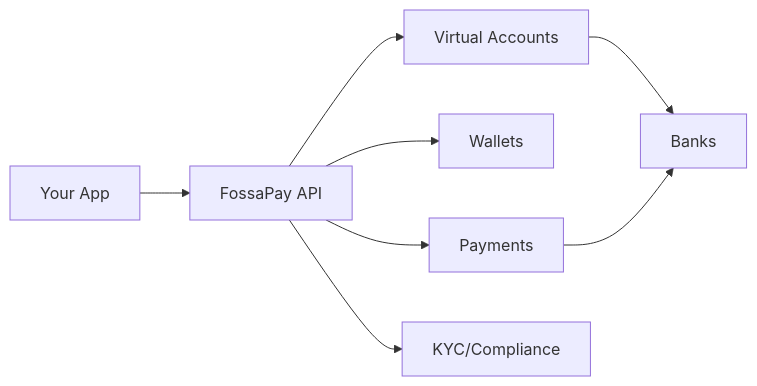
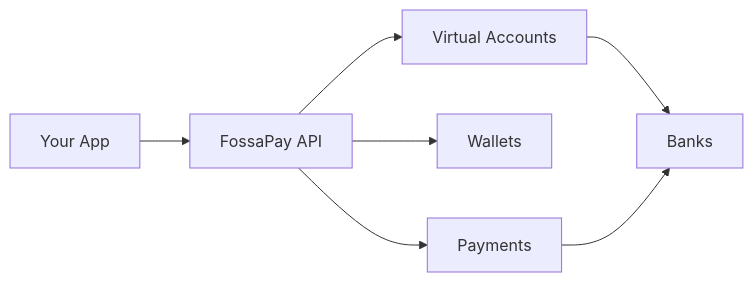
One commit to codewithmide/docs changed the diagram in white-label/overview.mdx. Above: the diagram before and after it, drawn with Mermaid. The commit also changed other lines of this file and 7 other files, not shown here.

````diff
--- a/white-label/overview.mdx
+++ b/white-label/overview.mdx
@@ -121,10 +111,9 @@
 ```mermaid
 graph LR
     A[Your App] --> B[FossaPay API]
     B --> C[Virtual Accounts]
     B --> D[Wallets]
     B --> E[Payments]
-    B --> F[KYC/Compliance]
     C --> G[Banks]
     E --> G
 ```
````
